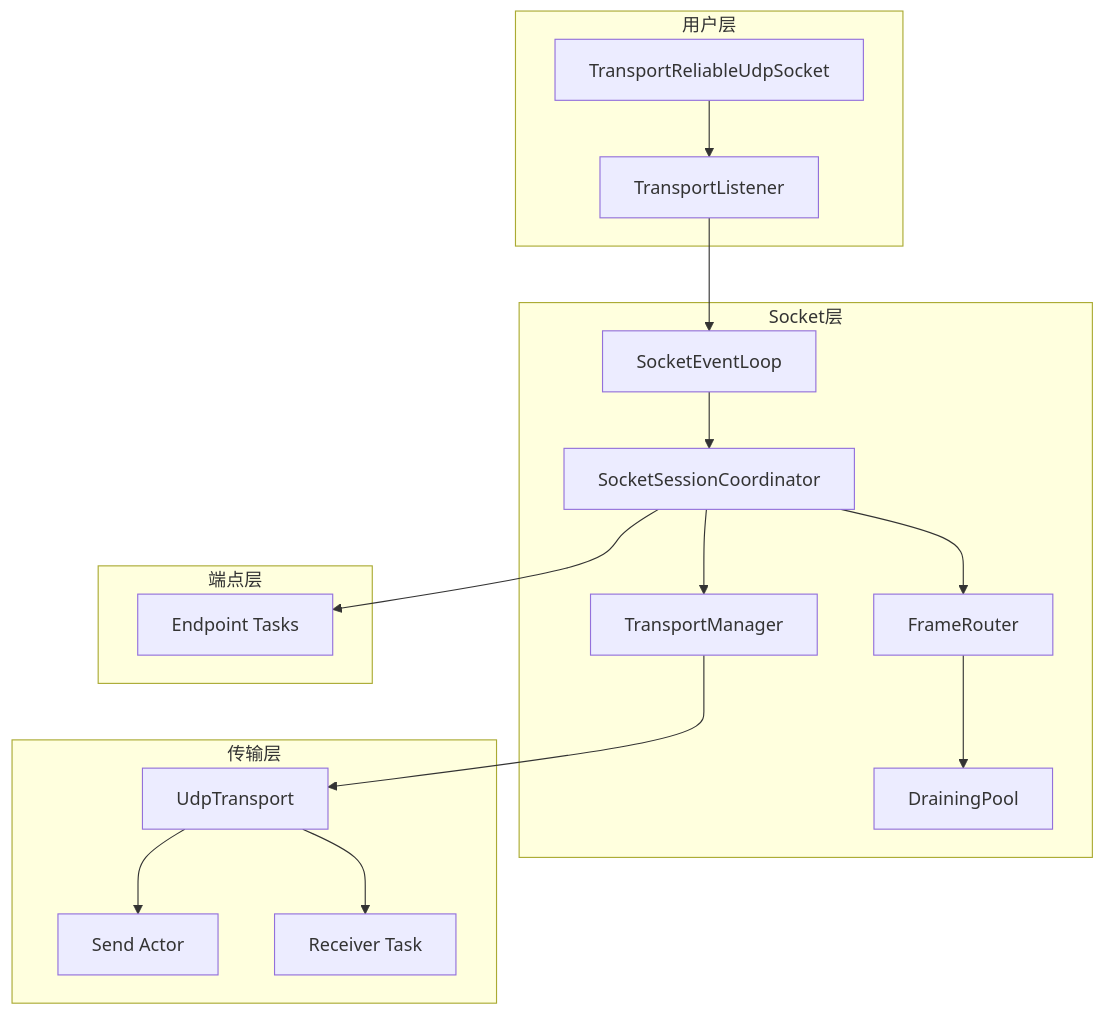
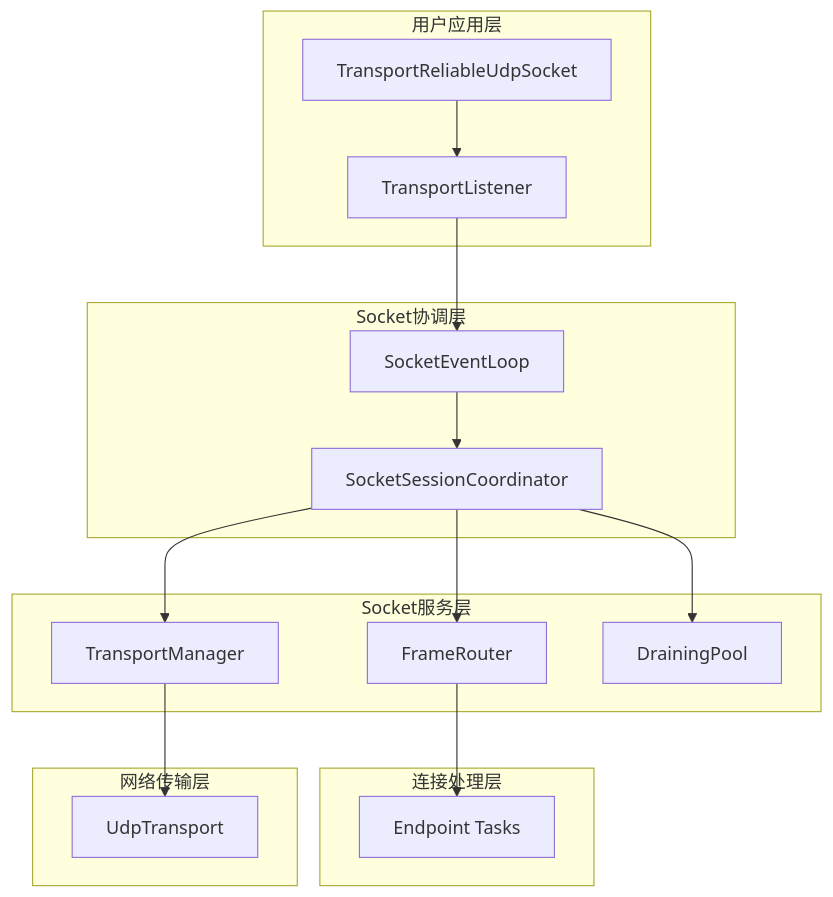
One commit to ShaoG-R/kestrel-protocol changed the diagram in docs/src/dev-docs/components/socket-layer.md. Above: the diagram before and after it, drawn with Mermaid. The commit also changed other lines of this file, not shown here.

````diff
--- a/docs/src/dev-docs/components/socket-layer.md
+++ b/docs/src/dev-docs/components/socket-layer.md
@@ -21,24 +51,25 @@
 ```mermaid
 graph TD
-    subgraph "用户层"
+    subgraph "用户应用层"
         A[TransportReliableUdpSocket] --> B[TransportListener]
     end
     
-    subgraph "Socket层"
+    subgraph "Socket协调层"
         B --> C[SocketEventLoop]
         C --> D[SocketSessionCoordinator]
+    end
+    
+    subgraph "Socket服务层"
         D --> E[FrameRouter]
         D --> F[TransportManager]
-        E --> G[DrainingPool]
+        D --> G[DrainingPool]
     end
     
-    subgraph "传输层"
-        F --> H[UdpTransport]
-        H --> I[Send Actor]
-        H --> J[Receiver Task]
+    subgraph "连接处理层"
+        E --> H[Endpoint Tasks]
     end
     
-    subgraph "端点层"
-        D --> K[Endpoint Tasks]
+    subgraph "网络传输层"
+        F --> I[UdpTransport]
     end
 ```
````
